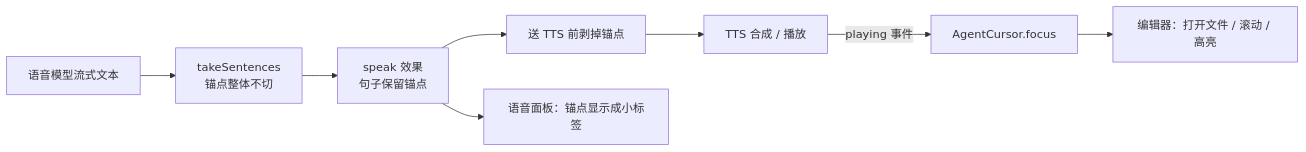
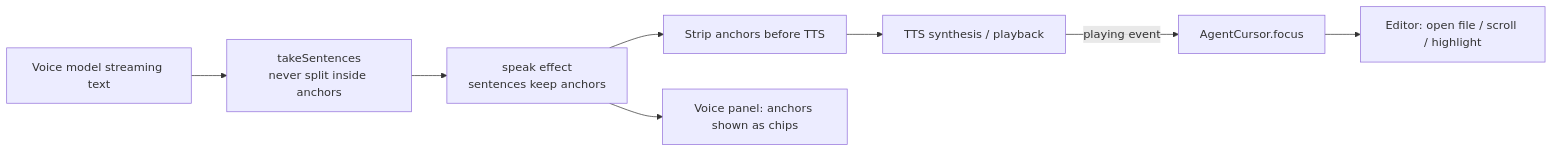
One commit to zhenguo1492/pi-fellow changed the diagram in docs/voice-pair-agent-cursor.md. Above: the diagram before and after it, drawn with Mermaid. The commit also changed other lines of this file and 187 other files, not shown here.

````diff
--- a/docs/voice-pair-agent-cursor.md
+++ b/docs/voice-pair-agent-cursor.md
@@ -80,10 +78,10 @@
 ```mermaid
 flowchart LR
-  LLM[语音模型流式文本] --> CUT[takeSentences<br/>锚点整体不切]
-  CUT --> SPK[speak 效果<br/>句子保留锚点]
-  SPK --> STRIP[送 TTS 前剥掉锚点]
-  STRIP --> TTS[TTS 合成 / 播放]
-  TTS -->|playing 事件| CUR[AgentCursor.focus]
-  CUR --> ED[编辑器：打开文件 / 滚动 / 高亮]
-  SPK --> PANEL[语音面板：锚点显示成小标签]
+  LLM[Voice model streaming text] --> CUT[takeSentences<br/>never split inside anchors]
+  CUT --> SPK[speak effect<br/>sentences keep anchors]
+  SPK --> STRIP[Strip anchors before TTS]
+  STRIP --> TTS[TTS synthesis / playback]
+  TTS -->|playing event| CUR[AgentCursor.focus]
+  CUR --> ED[Editor: open file / scroll / highlight]
+  SPK --> PANEL[Voice panel: anchors shown as chips]
 ```
````
